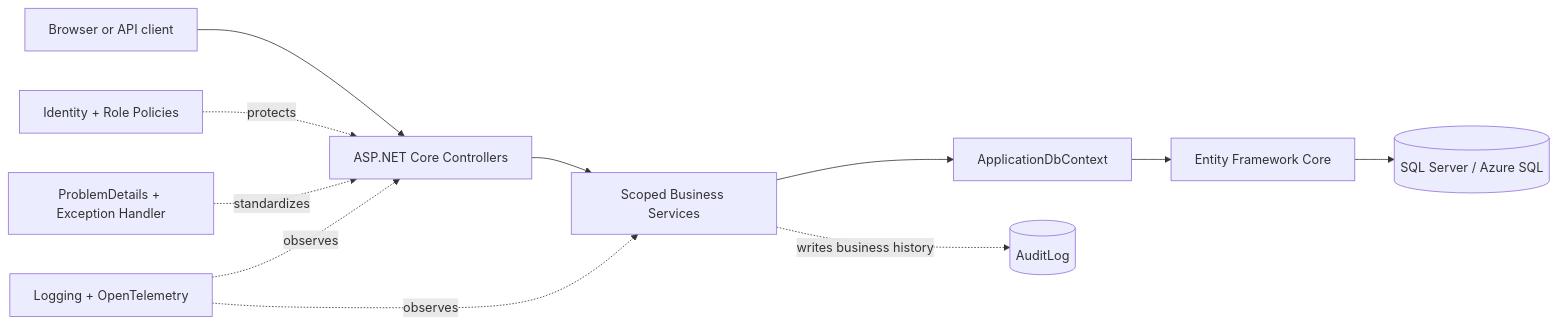
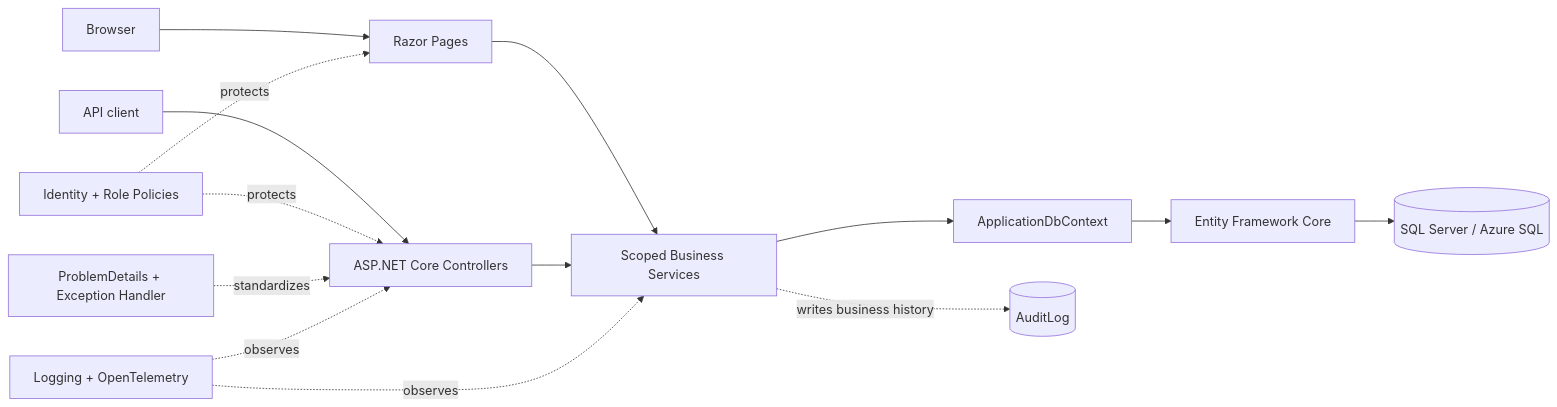
Before and after one commit to CaseyNguyen917/bp-inventory-operations-api: the first of 3 diagrams in README.md, drawn with Mermaid. The commit also changed other lines of this file and 64 other files, not shown here.

````diff
--- a/README.md
+++ b/README.md
@@ -38,14 +39,17 @@
 ```mermaid
 flowchart LR
-    Client[Browser or API client] --> Controller[ASP.NET Core Controllers]
+    Client[API client] --> Controller[ASP.NET Core Controllers]
+    Browser[Browser] --> Pages[Razor Pages]
+    Pages --> Service
     Controller --> Service[Scoped Business Services]
     Service --> DbContext[ApplicationDbContext]
     DbContext --> EF[Entity Framework Core]
     EF --> Database[(SQL Server / Azure SQL)]
 
     Identity[Identity + Role Policies] -. protects .-> Controller
+    Identity -. protects .-> Pages
     Problems[ProblemDetails + Exception Handler] -. standardizes .-> Controller
     Service -. writes business history .-> Audit[(AuditLog)]
     Telemetry[Logging + OpenTelemetry] -. observes .-> Controller
     Telemetry -. observes .-> Service
 ```
````
